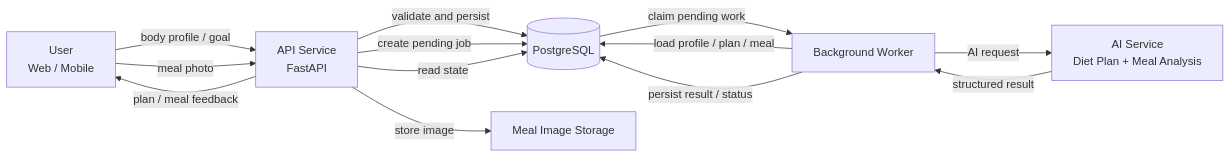
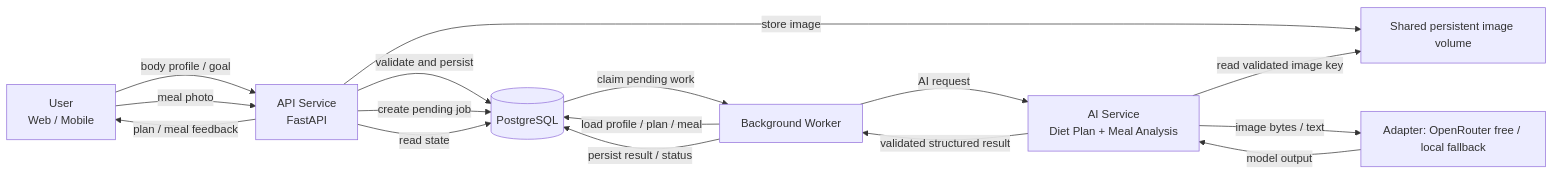
The diagram in submissions/week04/README.md (BoxiangZ/NourishLoop), drawn with Mermaid before and after one commit. The commit also changed other lines of this file and 5 other files, not shown here.

````diff
--- a/submissions/week04/README.md
+++ b/submissions/week04/README.md
@@ -162,25 +134,29 @@
 ```mermaid
 flowchart LR
     U[User<br/>Web / Mobile]
     API[API Service<br/>FastAPI]
     DB[(PostgreSQL)]
     W[Background Worker]
     AI[AI Service<br/>Diet Plan + Meal Analysis]
-    IMG[Meal Image Storage]
+    IMG[Shared persistent image volume]
+    MODEL[Adapter: OpenRouter free / local fallback]
 
     U -->|body profile / goal| API
     U -->|meal photo| API
 
     API -->|validate and persist| DB
     API -->|store image| IMG
     API -->|create pending job| DB
 
     DB -->|claim pending work| W
     W -->|load profile / plan / meal| DB
     W -->|AI request| AI
-    AI -->|structured result| W
+    AI -->|read validated image key| IMG
+    AI -->|image bytes / text| MODEL
+    MODEL -->|model output| AI
+    AI -->|validated structured result| W
     W -->|persist result / status| DB
 
     API -->|read state| DB
     API -->|plan / meal feedback| U
 ```
````
